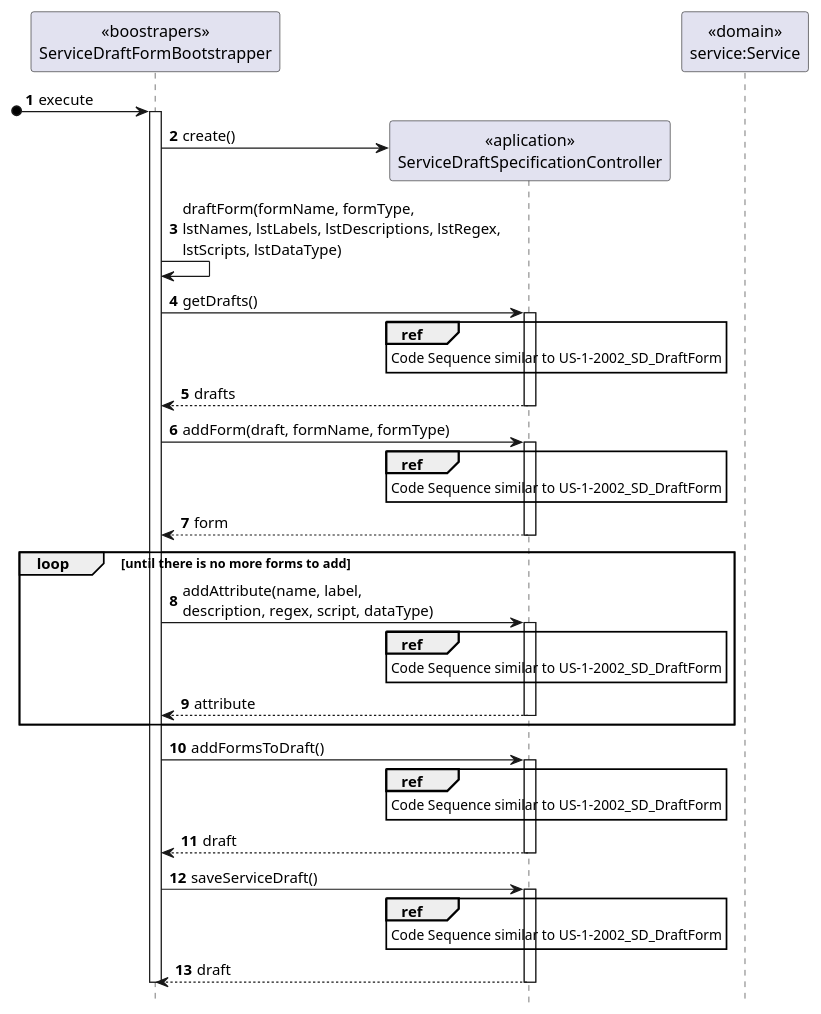
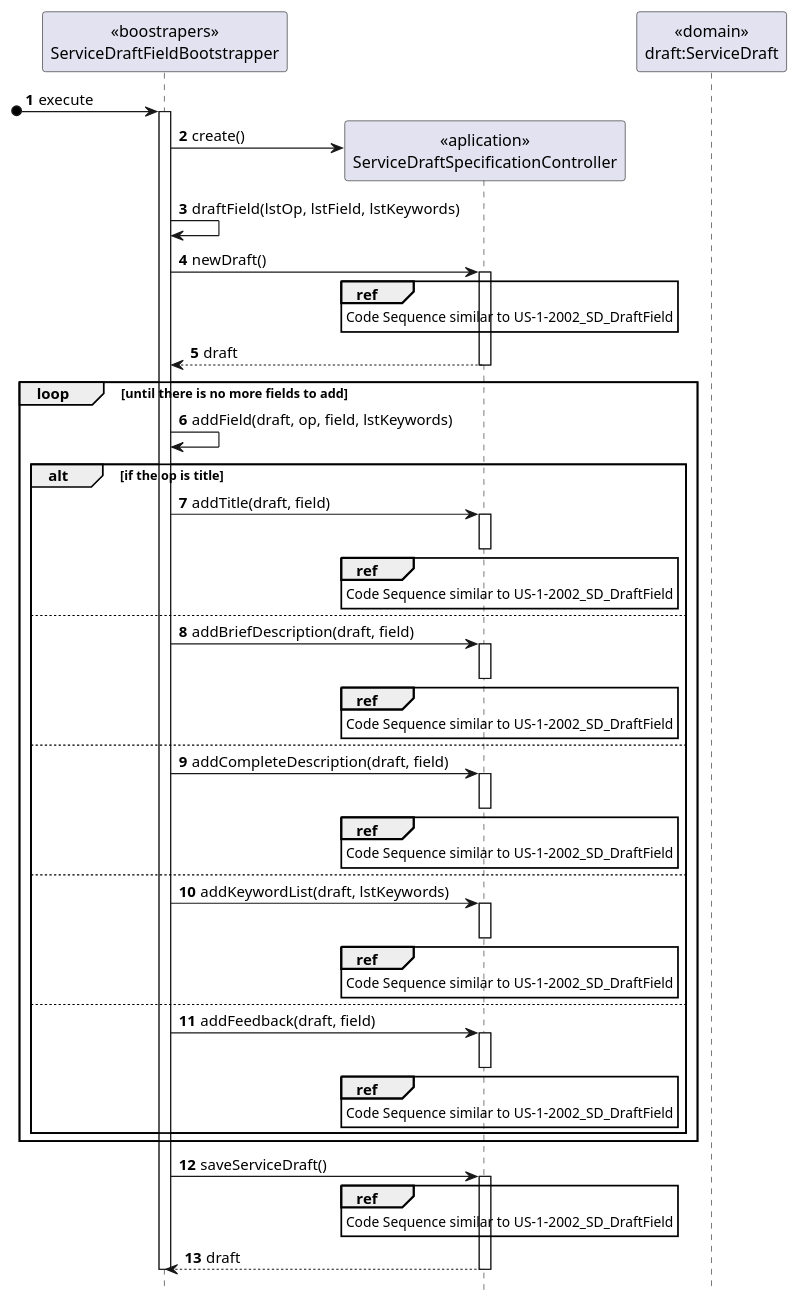
One commit to tiagoavcosta25/LAPR4 changed the diagram in doc/engenharia/SprintB/1190967/US-1-2101/US-1-2101_SD_DraftField.puml. Above: the diagram before and after it, drawn with PlantUML. The commit also changed 1 other file, not shown here.

```diff
--- a/doc/engenharia/SprintB/1190967/US-1-2101/US-1-2101_SD_DraftField.puml
+++ b/doc/engenharia/SprintB/1190967/US-1-2101/US-1-2101_SD_DraftField.puml
@@ -1,59 +1,73 @@
 @startuml
 autonumber
 hide footbox
 
-participant "<<boostrapers>>\nServiceDraftFormBootstrapper" as BOOT
+participant "<<boostrapers>>\nServiceDraftFieldBootstrapper" as BOOT
 participant "<<aplication>>\nServiceDraftSpecificationController" as CTRL
-participant "<<domain>>\nservice:Service" as SER
+participant "<<domain>>\ndraft:ServiceDraft" as SER
 
 [o-> BOOT : execute
 
 activate BOOT
 BOOT -> CTRL** : create()
 
-BOOT -> BOOT : draftForm(formName, formType, \nlstNames, lstLabels, lstDescriptions, lstRegex, \nlstScripts, lstDataType)
+BOOT -> BOOT : draftField(lstOp, lstField,  lstKeywords)
 
-BOOT -> CTRL : getDrafts()
+BOOT -> CTRL : newDraft()
 activate CTRL
 ref over CTRL
-Code Sequence similar to US-1-2002_SD_DraftForm
-end ref
-CTRL --> BOOT : drafts
-deactivate CTRL
-
-BOOT -> CTRL : addForm(draft, formName, formType)
-activate CTRL
-ref over CTRL
-Code Sequence similar to US-1-2002_SD_DraftForm
-end ref
-CTRL --> BOOT : form
-deactivate CTRL
-
-loop until there is no more forms to add
-BOOT -> CTRL : addAttribute(name, label, \ndescription, regex, script, dataType)
-activate CTRL
-ref over CTRL
-Code Sequence similar to US-1-2002_SD_DraftForm
-end ref
-CTRL --> BOOT : attribute
-deactivate CTRL
-end
-
-BOOT -> CTRL : addFormsToDraft()
-activate CTRL
-ref over CTRL
-Code Sequence similar to US-1-2002_SD_DraftForm
+Code Sequence similar to US-1-2002_SD_DraftField
 end ref
 CTRL --> BOOT : draft
 deactivate CTRL
 
+loop until there is no more fields to add
+BOOT -> BOOT : addField(draft, op, field, lstKeywords)
+alt if the op is title
+BOOT -> CTRL : addTitle(draft, field)
+activate CTRL
+ref over CTRL
+Code Sequence similar to US-1-2002_SD_DraftField
+end ref
+deactivate CTRL
+else
+BOOT -> CTRL : addBriefDescription(draft, field)
+activate CTRL
+ref over CTRL
+Code Sequence similar to US-1-2002_SD_DraftField
+end ref
+deactivate CTRL
+else
+BOOT -> CTRL : addCompleteDescription(draft, field)
+activate CTRL
+ref over CTRL
+Code Sequence similar to US-1-2002_SD_DraftField
+end ref
+deactivate CTRL
+else
+BOOT -> CTRL : addKeywordList(draft, lstKeywords)
+activate CTRL
+ref over CTRL
+Code Sequence similar to US-1-2002_SD_DraftField
+end ref
+deactivate CTRL
+else
+BOOT -> CTRL : addFeedback(draft, field)
+activate CTRL
+ref over CTRL
+Code Sequence similar to US-1-2002_SD_DraftField
+end ref
+deactivate CTRL
+end
+end
+
 BOOT -> CTRL : saveServiceDraft()
 activate CTRL
 ref over CTRL
-Code Sequence similar to US-1-2002_SD_DraftForm
+Code Sequence similar to US-1-2002_SD_DraftField
 end ref
 CTRL --> BOOT : draft
 deactivate CTRL
 deactivate BOOT
 
 @enduml
```
